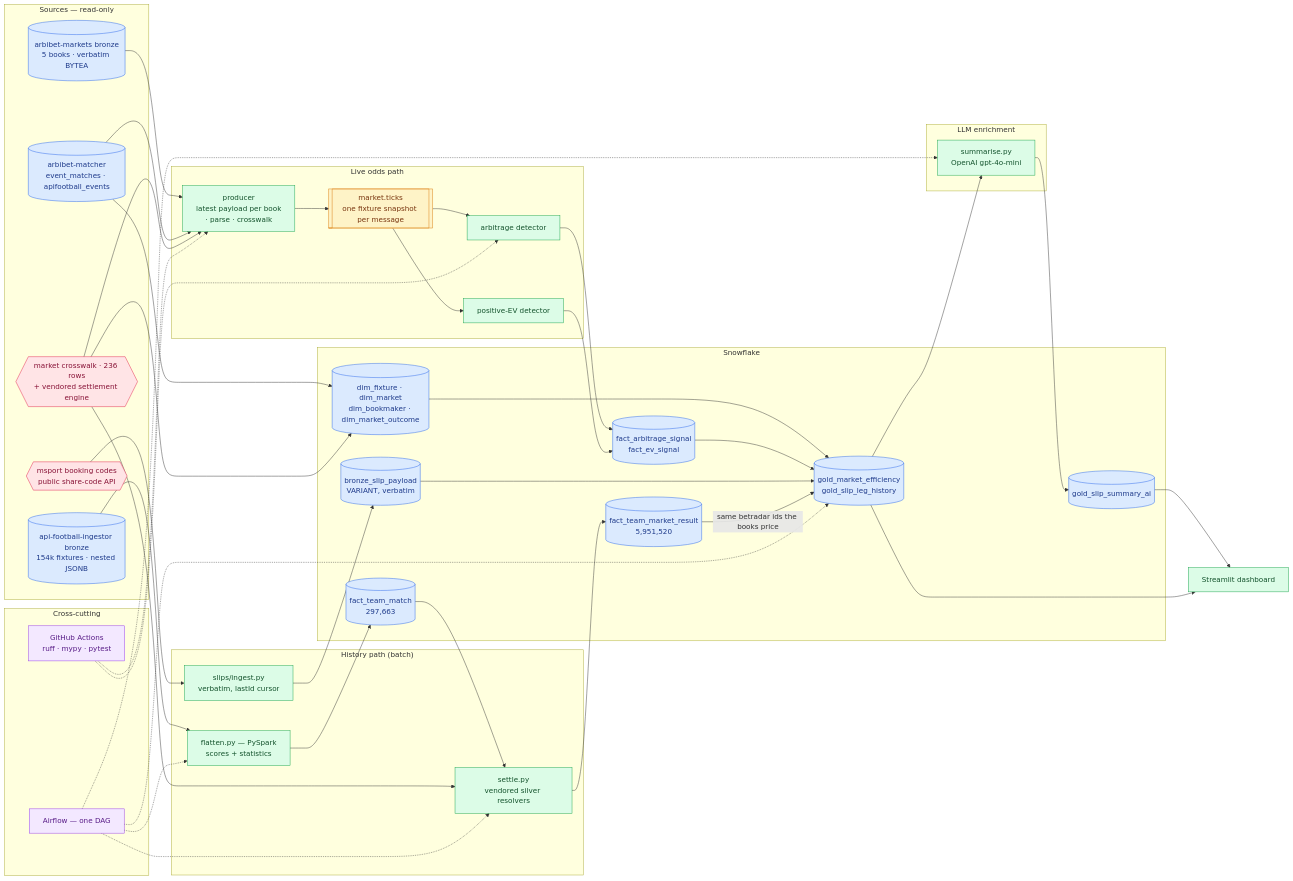
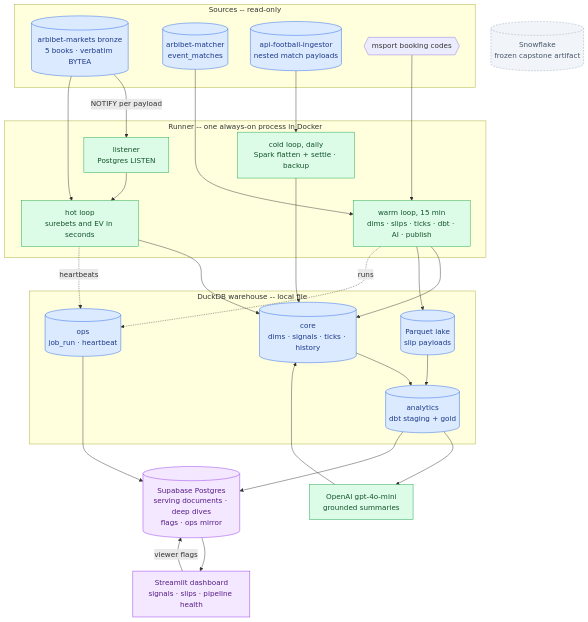
The diagram in README.md (bankijey/arbibet-capstone), drawn with Mermaid before and after one commit. The commit also changed other lines of this file, not shown here.

Commit message:
README: DuckDB warehouse, runner, Supabase serving, observability

````diff
--- a/README.md
+++ b/README.md
@@ -26,85 +31,56 @@
 ```mermaid
-flowchart LR
-  subgraph SRC["Sources — read-only"]
+flowchart TB
+  subgraph SRC["Sources -- read-only"]
     bronze[("arbibet-markets bronze<br/>5 books · verbatim BYTEA")]
-    match[("arbibet-matcher<br/>event_matches · apifootball_events")]
-    ingestor[("api-football-ingestor bronze<br/>154k fixtures · nested JSONB")]
-    msport{{"msport booking codes<br/>public share-code API"}}
-    xwalk{{"market crosswalk · 236 rows<br/>+ vendored settlement engine"}}
+    match[("arbibet-matcher<br/>event_matches")]
+    ingestor[("api-football-ingestor<br/>nested match payloads")]
+    msport{{"msport booking codes"}}
   end
 
-  subgraph LIVE["Live odds path"]
-    prod["producer<br/>latest payload per book<br/>· parse · crosswalk"]
-    kraw[["market.ticks<br/>one fixture snapshot per message"]]
-    arb["arbitrage detector"]
-    ev["positive-EV detector"]
+  subgraph RUN["Runner -- one always-on process in Docker"]
+    listener["listener<br/>Postgres LISTEN"]
+    hot["hot loop<br/>surebets and EV in seconds"]
+    warm["warm loop, 15 min<br/>dims · slips · ticks · dbt · AI · publish"]
+    cold["cold loop, daily<br/>Spark flatten + settle · backup"]
   end
 
-  subgraph HIST["History path (batch)"]
-    flat["flatten.py — PySpark<br/>scores + statistics"]
-    settle["settle.py<br/>vendored silver resolvers"]
-    slipin["slips/ingest.py<br/>verbatim, lastId cursor"]
+  subgraph WH["DuckDB warehouse -- local file"]
+    core[("core<br/>dims · signals · ticks · history")]
+    lake[("Parquet lake<br/>slip payloads")]
+    gold[("analytics<br/>dbt staging + gold")]
+    ops[("ops<br/>job_run · heartbeat")]
   end
 
-  subgraph WH["Snowflake"]
-    dims[("dim_fixture · dim_market<br/>dim_bookmaker · dim_market_outcome")]
-    form[("fact_team_match<br/>297,663")]
-    mres[("fact_team_market_result<br/>5,951,520")]
-    slips[("bronze_slip_payload<br/>VARIANT, verbatim")]
-    sig[("fact_arbitrage_signal<br/>fact_ev_signal")]
-    gold[("gold_market_efficiency<br/>gold_slip_leg_history")]
-    aisum[("gold_slip_summary_ai")]
-  end
+  ai["OpenAI gpt-4o-mini<br/>grounded summaries"]
+  sb[("Supabase Postgres<br/>serving documents · deep dives<br/>flags · ops mirror")]
+  st["Streamlit dashboard<br/>signals · slips · pipeline health"]
+  sf[("Snowflake<br/>frozen capstone artifact")]
 
-  subgraph ENR["LLM enrichment"]
-    ai["summarise.py<br/>OpenAI gpt-4o-mini"]
-  end
+  bronze -- "NOTIFY per payload" --> listener --> hot
+  bronze --> hot
+  match --> warm
+  msport --> warm
+  ingestor --> cold
+  hot --> core
+  warm --> core
+  warm --> lake
+  cold --> core
+  core --> gold
+  lake --> gold
+  gold --> ai --> core
+  hot -. heartbeats .-> ops
+  warm -. runs .-> ops
+  gold --> sb
+  ops --> sb
+  sb --> st
+  st -- "viewer flags" --> sb
 
-  st["Streamlit dashboard"]
-
-  subgraph CROSS["Cross-cutting"]
-    af["Airflow — one DAG"]
-    gh["GitHub Actions<br/>ruff · mypy · pytest"]
-  end
-
-  bronze --> prod
-  match --> prod
-  xwalk --> prod
-  prod --> kraw
-  kraw --> arb
-  kraw --> ev
-  arb --> sig
-  ev --> sig
-
-  ingestor --> flat --> form --> settle --> mres
-  xwalk --> settle
-  msport --> slipin --> slips
-  match --> dims
-  xwalk --> dims
-
-  dims --> gold
-  sig --> gold
-  slips --> gold
-  mres -->|"same betradar ids the books price"| gold
-  gold --> ai --> aisum
-  aisum --> st
-  gold --> st
-
-  af -.-> flat
-  af -.-> settle
-  af -.-> gold
-  af -.-> ai
-  gh -.-> prod
-  gh -.-> arb
-
-  classDef topic fill:#fef3c7,stroke:#d97706,color:#78350f
   classDef store fill:#dbeafe,stroke:#2563eb,color:#1e3a8a
   classDef proc fill:#dcfce7,stroke:#16a34a,color:#14532d
-  classDef cross fill:#f3e8ff,stroke:#9333ea,color:#581c87
-  classDef ref fill:#ffe4e6,stroke:#e11d48,color:#881337
-  class kraw topic
-  class bronze,match,ingestor,dims,form,mres,slips,sig,gold,aisum store
-  class prod,arb,ev,flat,settle,slipin,ai,st proc
-  class af,gh cross
-  class msport,xwalk ref
+  classDef cloud fill:#f3e8ff,stroke:#9333ea,color:#581c87
+  classDef old fill:#f1f5f9,stroke:#94a3b8,color:#475569,stroke-dasharray: 4 3
+  class bronze,match,ingestor,core,lake,gold,ops store
+  class listener,hot,warm,cold,ai proc
+  class sb,st cloud
+  class sf old
 ```
````
